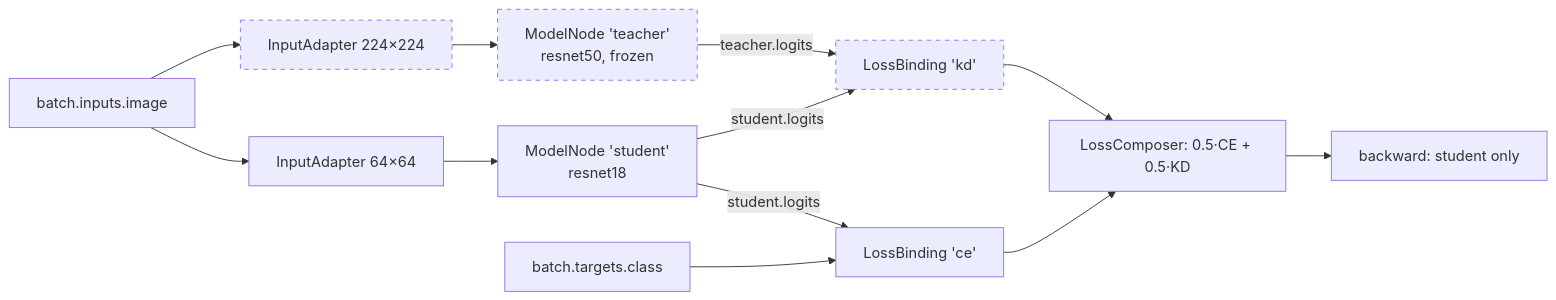
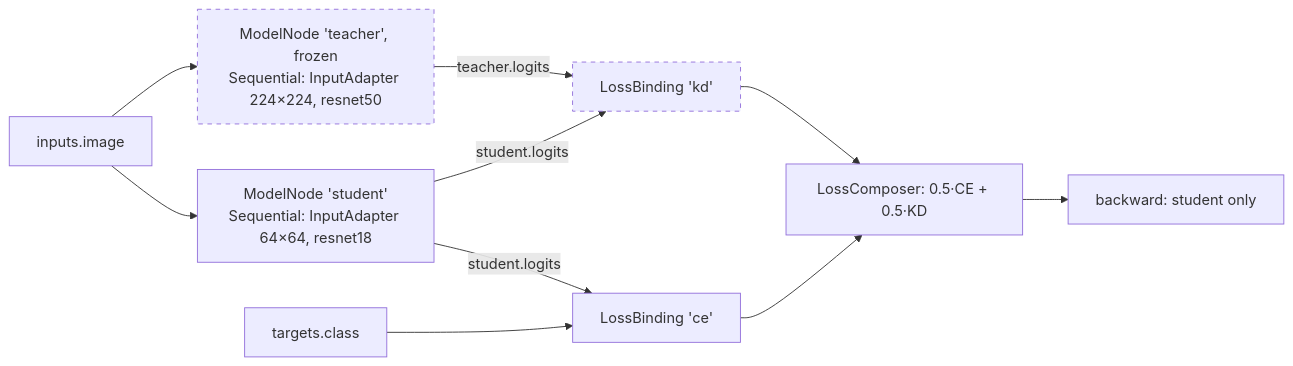
One commit to tile-and-error/imagenet-classification changed the fifth of 5 diagrams in PLAN.md. Above: the diagram before and after it, drawn with Mermaid. The commit also changed other lines of this file and 2 other files, not shown here.

````diff
--- a/PLAN.md
+++ b/PLAN.md
@@ -673,14 +487,14 @@
 ```mermaid
 flowchart LR
-    IMG["batch.inputs.image"] --> SA["InputAdapter 64×64"] --> S["ModelNode 'student'<br/>resnet18"]
-    IMG --> TA["InputAdapter 224×224"] --> T["ModelNode 'teacher'<br/>resnet50, frozen"]
+    IMG["inputs.image"] --> S["ModelNode 'student'<br/>Sequential: InputAdapter 64×64, resnet18"]
+    IMG --> T["ModelNode 'teacher', frozen<br/>Sequential: InputAdapter 224×224, resnet50"]
     S -- "student.logits" --> CE["LossBinding 'ce'"]
-    Y["batch.targets.class"] --> CE
+    Y["targets.class"] --> CE
     S -- "student.logits" --> KD["LossBinding 'kd'"]
     T -- "teacher.logits" --> KD
     CE --> SUM["LossComposer: 0.5·CE + 0.5·KD"]
     KD --> SUM
     SUM --> BW["backward: student only"]
     classDef new stroke-dasharray: 5 5
-    class TA,T,KD new
+    class T,KD new
 ```
````
